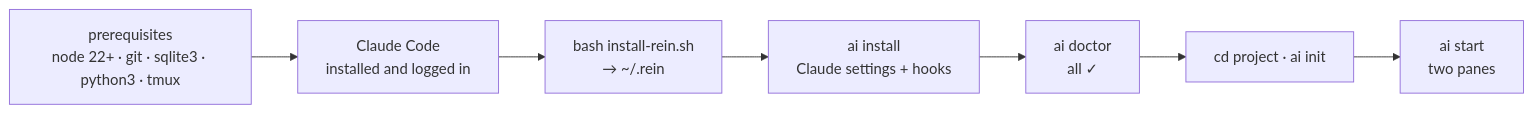
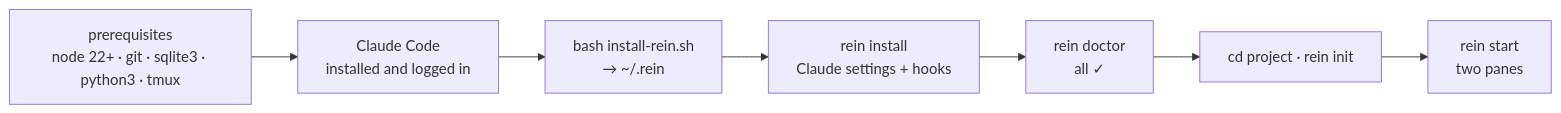
One commit to Vimurai/rein changed the fourth of 4 diagrams in .ai/blueprints/readme.md. Above: the diagram before and after it, drawn with Mermaid. The commit also changed other lines of this file and 49 other files, not shown here.

First line of the commit message:
[TIER_3] docs(.ai): E-391 the command and skill names in the live blueprints and architect.md (D-132 addendum 2 r7)

````diff
--- a/.ai/blueprints/readme.md
+++ b/.ai/blueprints/readme.md
@@ -108,9 +108,9 @@
 ```mermaid
 flowchart LR
     P["prerequisites<br/>node 22+ · git · sqlite3 · python3 · tmux"] --> CC["Claude Code<br/>installed and logged in"]
     CC --> I["bash install-rein.sh<br/>→ ~/.rein"]
-    I --> AI["ai install<br/>Claude settings + hooks"]
-    AI --> DR["ai doctor<br/>all ✓"]
-    DR --> IN["cd project · ai init"]
-    IN --> ST["ai start<br/>two panes"]
+    I --> AI["rein install<br/>Claude settings + hooks"]
+    AI --> DR["rein doctor<br/>all ✓"]
+    DR --> IN["cd project · rein init"]
+    IN --> ST["rein start<br/>two panes"]
 ```
````
